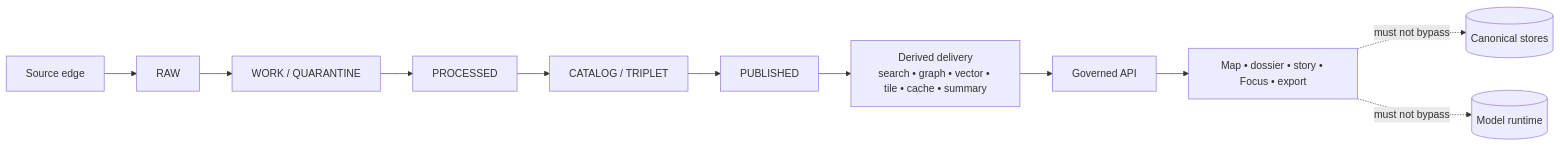
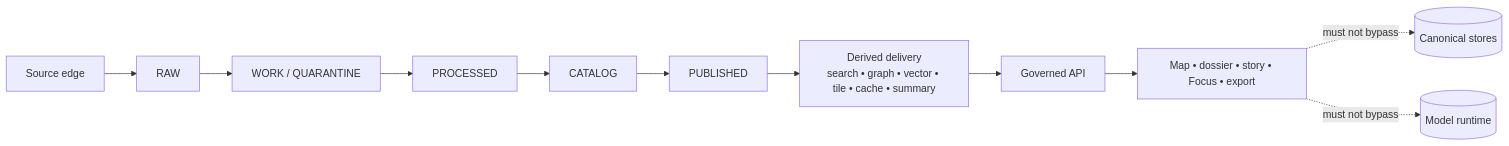
Before and after one commit to bartytime4life/Kansas-Frontier-Matrix: the first of 2 diagrams in SECURITY.md, drawn with Mermaid. The commit also changed other lines of this file, not shown here.

````diff
--- a/SECURITY.md
+++ b/SECURITY.md
@@ -101,14 +104,14 @@
 ```mermaid
 flowchart LR
     A[Source edge] --> B[RAW]
     B --> C[WORK / QUARANTINE]
     C --> D[PROCESSED]
-    D --> E[CATALOG / TRIPLET]
+    D --> E[CATALOG]
     E --> F[PUBLISHED]
     F --> G[Derived delivery<br/>search • graph • vector • tile • cache • summary]
     G --> H[Governed API]
     H --> I[Map • dossier • story • Focus • export]
 
     I -. must not bypass .-> J[(Canonical stores)]
     I -. must not bypass .-> K[(Model runtime)]
 ```
````
